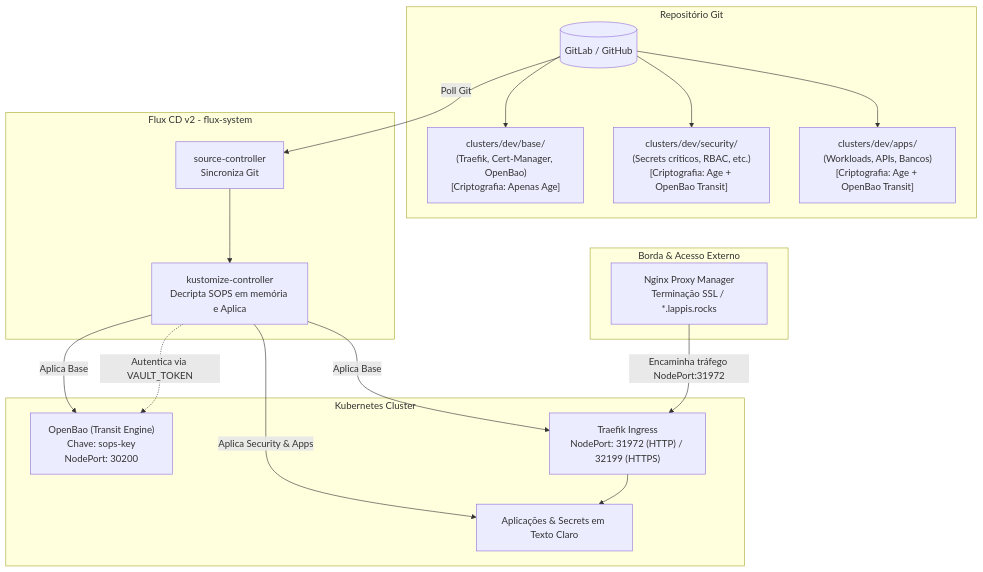
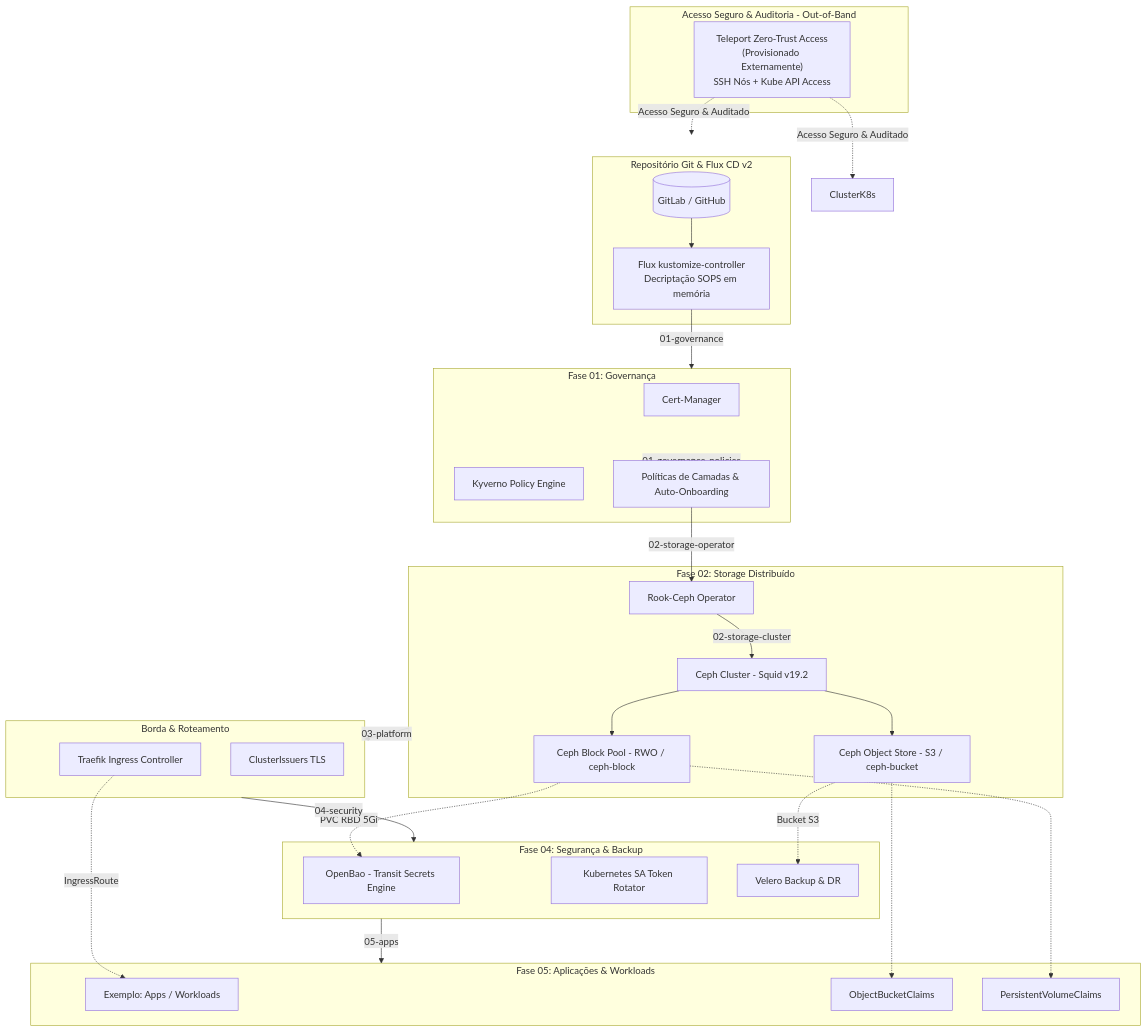
Before and after one commit to Dexmachi/cluster-poc: the first of 2 diagrams in README.md, drawn with Mermaid. The commit also changed other lines of this file, not shown here.

````diff
--- a/README.md
+++ b/README.md
@@ -9,36 +10,57 @@
 ```mermaid
 flowchart TD
-    subgraph GitOps [Repositório Git]
-        RepoGit[(GitLab / GitHub)]
-        BaseLayer["clusters/dev/base/\n(Traefik, Cert-Manager, OpenBao)\n[Criptografia: Apenas Age]"]
-        SecLayer["clusters/dev/security/\n(Secrets críticos, RBAC, etc.)\n[Criptografia: Age + OpenBao Transit]"]
-        AppsLayer["clusters/dev/apps/\n(Workloads, APIs, Bancos)\n[Criptografia: Age + OpenBao Transit]"]
-        RepoGit --> BaseLayer
-        RepoGit --> SecLayer
-        RepoGit --> AppsLayer
+    subgraph GitOps [Repositório Git & Flux CD v2]
+        GitRepo[(GitLab / GitHub)]
+        KustomizeCtrl[Flux kustomize-controller\nDecriptação SOPS em memória]
+        GitRepo --> KustomizeCtrl
     end
 
-    subgraph FluxCD [Flux CD v2 - flux-system]
-        SourceCtrl[source-controller\nSincroniza Git]
-        KustomizeCtrl[kustomize-controller\nDecripta SOPS em memória e Aplica]
-        SourceCtrl --> KustomizeCtrl
+    subgraph Phase01 [Fase 01: Governança]
+        CertMgr[Cert-Manager]
+        Kyverno[Kyverno Policy Engine]
+        Policies[Políticas de Camadas & Auto-Onboarding]
     end
 
-    subgraph ClusterK8s [Kubernetes Cluster]
-        OpenBaoPod["OpenBao (Transit Engine)\nChave: sops-key\nNodePort: 30200"]
-        TraefikPod["Traefik Ingress\nNodePort: 31972 (HTTP) / 32199 (HTTPS)"]
-        Workloads["Aplicações & Secrets em Texto Claro"]
+    subgraph Phase02 [Fase 02: Storage Distribuído]
+        RookOp[Rook-Ceph Operator]
+        CephCluster[Ceph Cluster - Squid v19.2]
+        RBD[Ceph Block Pool - RWO / ceph-block]
+        RGW[Ceph Object Store - S3 / ceph-bucket]
     end
 
-    subgraph Edge [Borda & Acesso Externo]
-        NPM[Nginx Proxy Manager\nTerminação SSL / *.lappis.rocks]
+    subgraph Access [Acesso Seguro & Auditoria - Out-of-Band]
+        Teleport["Teleport Zero-Trust Access\n(Provisionado Externamente)\nSSH Nós + Kube API Access"]
     end
 
-    RepoGit -->|Poll Git| SourceCtrl
-    KustomizeCtrl -->|Aplica Base| TraefikPod
-    KustomizeCtrl -->|Aplica Base| OpenBaoPod
-    KustomizeCtrl -.->|Autentica via VAULT_TOKEN| OpenBaoPod
-    KustomizeCtrl -->|Aplica Security & Apps| Workloads
-    NPM -->|Encaminha tráfego NodePort:31972| TraefikPod
-    TraefikPod --> Workloads
+    subgraph Edge [Borda & Roteamento]
+        Traefik[Traefik Ingress Controller]
+        Issuers[ClusterIssuers TLS]
+    end
+
+    subgraph Phase04 [Fase 04: Segurança & Backup]
+        OpenBao[OpenBao - Transit Secrets Engine]
+        Rotator[Kubernetes SA Token Rotator]
+        Velero[Velero Backup & DR]
+    end
+
+    subgraph Phase05 [Fase 05: Aplicações & Workloads]
+        Apps[Exemplo: Apps / Workloads]
+        OBC[ObjectBucketClaims]
+        PVC[PersistentVolumeClaims]
+    end
+
+    KustomizeCtrl -->|01-governance| Phase01
+    Phase01 -->|01-governance-policies| Policies
+    Policies -->|02-storage-operator| RookOp
+    RookOp -->|02-storage-cluster| CephCluster
+    CephCluster --> RBD & RGW
+    Phase02 -->|03-platform| Edge
+    Edge -->|04-security| Phase04
+    RBD -.->|PVC RBD 5Gi| OpenBao
+    RGW -.->|Bucket S3| Velero
+    Phase04 -->|05-apps| Phase05
+    RBD -.-> PVC
+    RGW -.-> OBC
+    Traefik -.->|IngressRoute| Apps
+    Teleport -.->|Acesso Seguro & Auditado| GitOps & ClusterK8s
 ```
````
